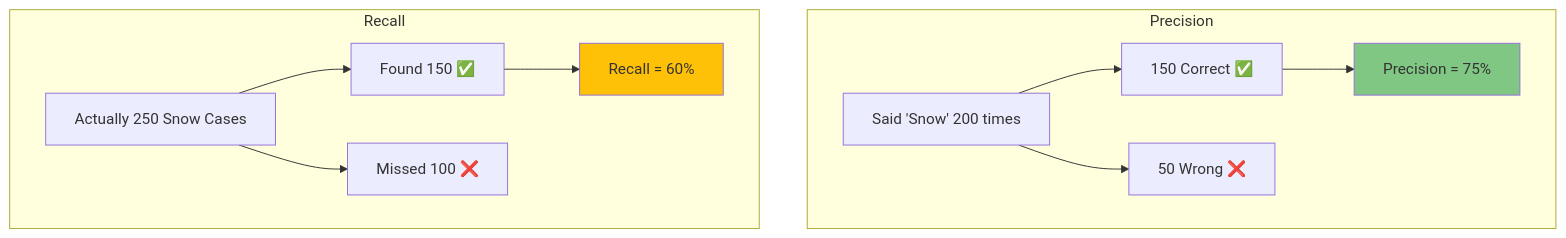
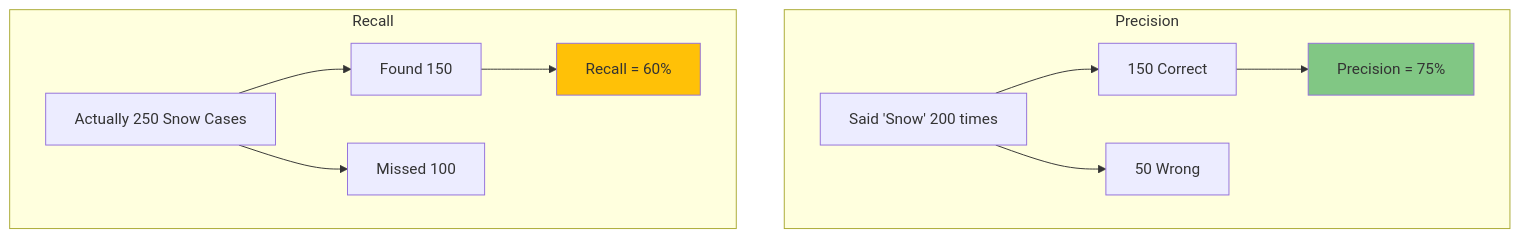
The sixth of 16 diagrams in docs/workflow_evaluation.md (SITES-spectral/phenocai), drawn with Mermaid before and after one commit. The commit also changed other lines of this file and 4 other files, not shown here.

````diff
--- a/docs/workflow_evaluation.md
+++ b/docs/workflow_evaluation.md
@@ -100,27 +100,27 @@
 ```mermaid
 graph TD
 
 subgraph Precision
 
-A["Said 'Snow' 200 times"] --> B["150 Correct ✅"]
+A["Said 'Snow' 200 times"] --> B["150 Correct"]
 
-A --> C["50 Wrong ❌"]
+A --> C["50 Wrong"]
 
 B --> D["Precision = 75%"]
 
 end
 
 subgraph Recall
 
-E["Actually 250 Snow Cases"] --> F["Found 150 ✅"]
+E["Actually 250 Snow Cases"] --> F["Found 150"]
 
-E --> G["Missed 100 ❌"]
+E --> G["Missed 100"]
 
 F --> H["Recall = 60%"]
 
 end
 
 style D fill:#81c784
 
 style H fill:#ffc107
 ```
````
